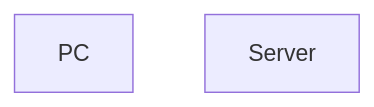
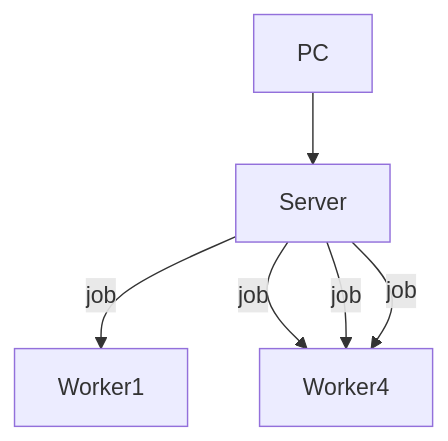
One commit to zhubonan/disp changed the diagram in README.md. Above: the diagram before and after it, drawn with Mermaid.

````diff
--- a/README.md
+++ b/README.md
@@ -11,6 +11,10 @@
 ```mermaid
 flowchart
 
-A[PC]
-B[Server]
+A[PC] --> B[Server]
+
+B -->|job| W1[Worker1]
+B -->|job| W2[Worker2]
+B -->|job| W2[Worker3]
+B -->|job| W2[Worker4]
 ```
````
